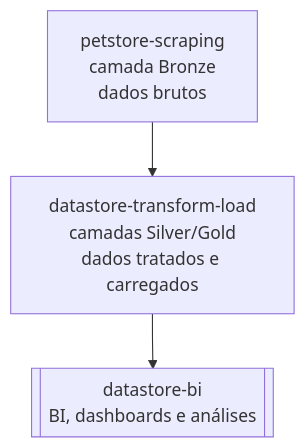
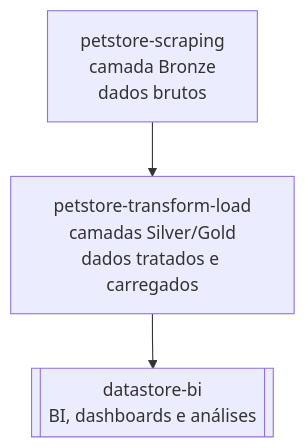
Before and after one commit to rafa-trindade/petstore-scraping: the diagram in README.MD, drawn with Mermaid. The commit also changed other lines of this file, not shown here.

````diff
--- a/README.MD
+++ b/README.MD
@@ -35,5 +35,5 @@
 ```mermaid
 graph TD
-    A[petstore-scraping<br>camada Bronze<br>dados brutos] --> B[datastore-transform-load<br>camadas Silver/Gold<br>dados tratados e carregados]
+    A[petstore-scraping<br>camada Bronze<br>dados brutos] --> B[petstore-transform-load<br>camadas Silver/Gold<br>dados tratados e carregados]
     B --> C[[datastore-bi<br>BI, dashboards e análises]]
 ```
````
